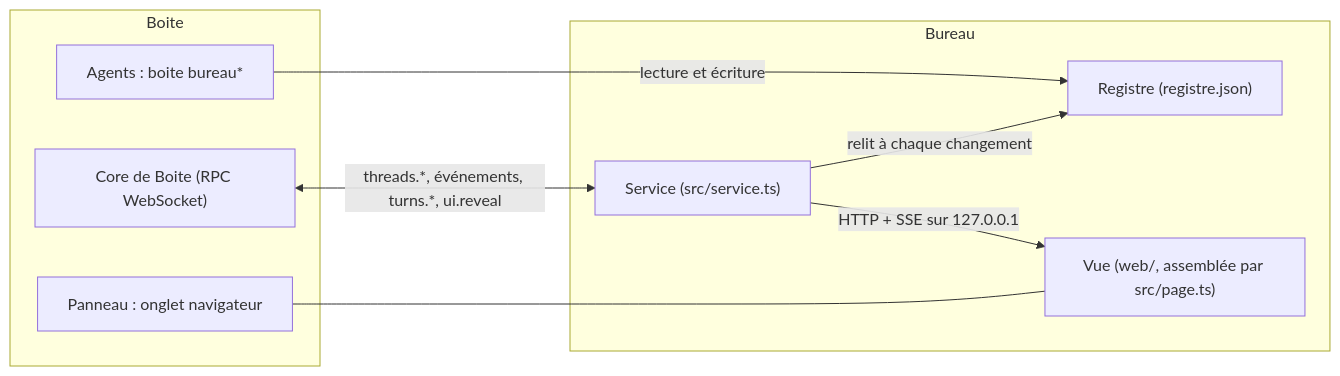
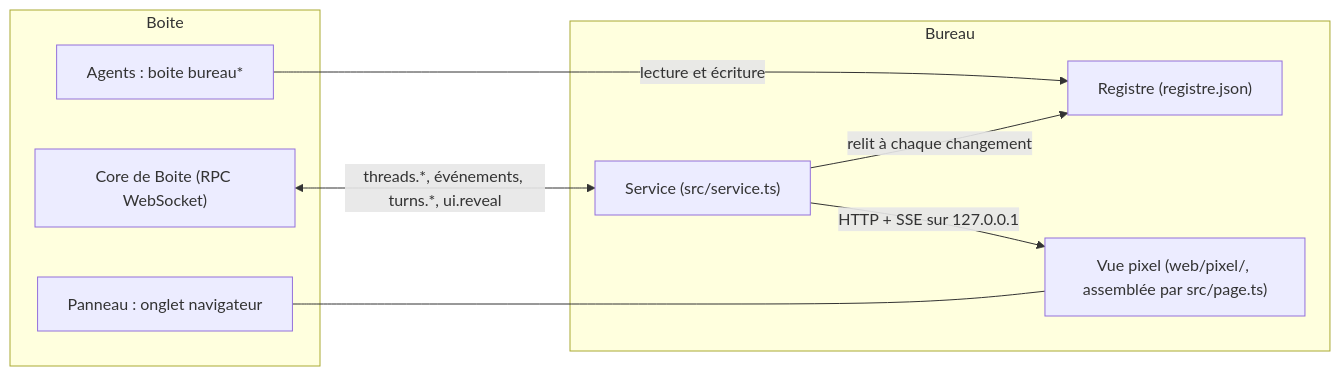
One commit to nicolabcraft/bureau changed the diagram in wiki/Developpement.md. Above: the diagram before and after it, drawn with Mermaid. The commit also changed other lines of this file and 10 other files, not shown here.

First line of the commit message:
docs: vue pixel dans le README, le wiki et le changelog

````diff
--- a/wiki/Developpement.md
+++ b/wiki/Developpement.md
@@ -28,18 +28,18 @@
 ```mermaid
 flowchart LR
   subgraph Boite
     CORE["Core de Boite (RPC WebSocket)"]
     PANEL["Panneau : onglet navigateur"]
     CMD["Agents : boite bureau*"]
   end
   subgraph Bureau
     SVC["Service (src/service.ts)"]
     REG["Registre (registre.json)"]
-    WEB["Vue (web/, assemblée par src/page.ts)"]
+    WEB["Vue pixel (web/pixel/, assemblée par src/page.ts)"]
   end
   CORE <-->|"threads.*, événements, turns.*, ui.reveal"| SVC
   SVC -->|"HTTP + SSE sur 127.0.0.1"| WEB
   PANEL --- WEB
   CMD -->|"lecture et écriture"| REG
   SVC -->|"relit à chaque changement"| REG
 ```
````
